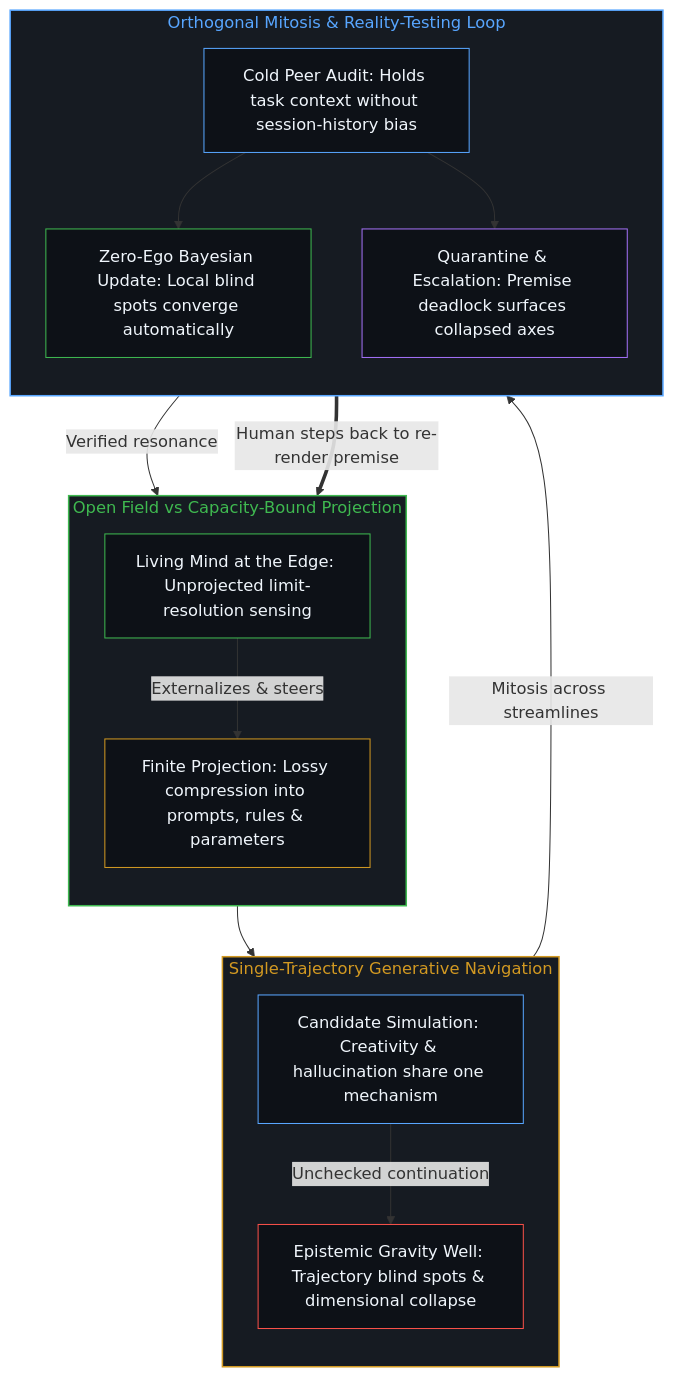
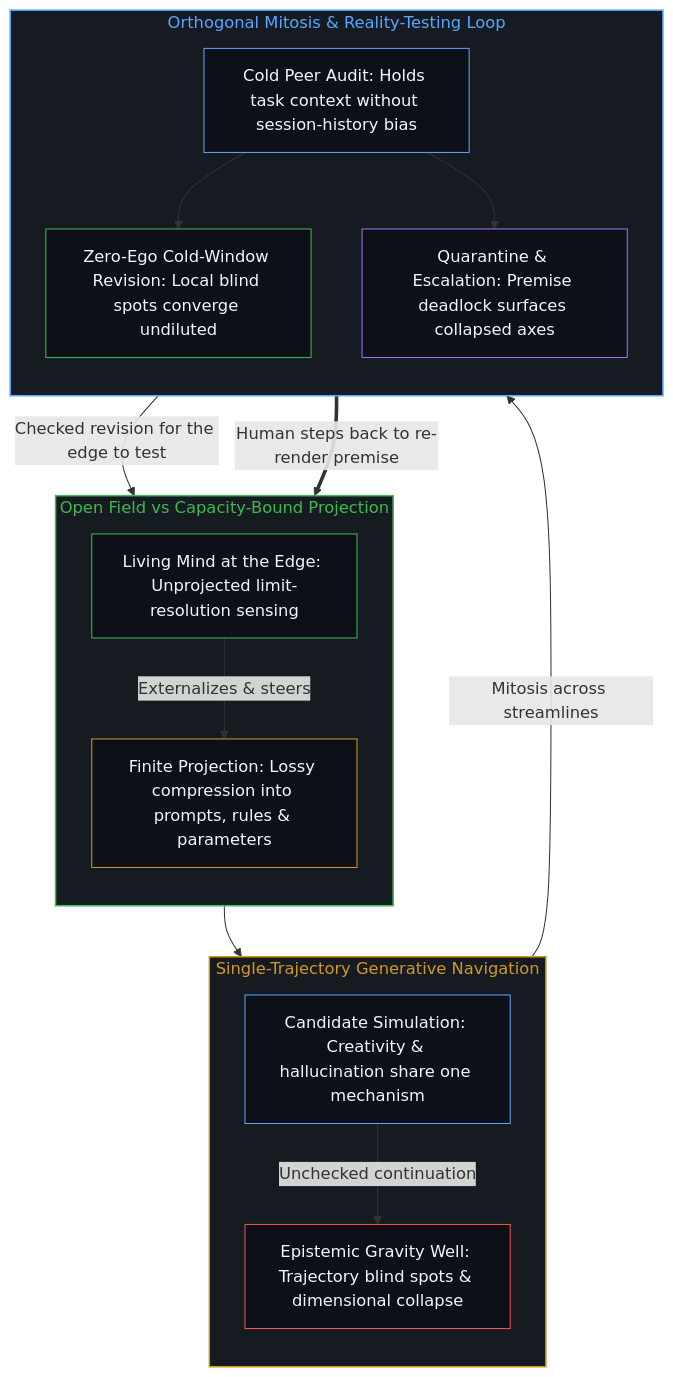
The second of 2 diagrams in content/posts/lossless-knowledge-of-an-open-field-is-incoherent.md (powerpig99/not-a-toe), drawn with Mermaid before and after one commit. The commit also changed other lines of this file and 8 other files, not shown here.

````diff
--- a/content/posts/lossless-knowledge-of-an-open-field-is-incoherent.md
+++ b/content/posts/lossless-knowledge-of-an-open-field-is-incoherent.md
@@ -105,37 +105,37 @@
 ```mermaid
 flowchart TD
     subgraph S_Field["Open Field vs Capacity-Bound Projection"]
         direction TB
         Edge["Living Mind at the Edge: Unprojected limit-resolution sensing"]
         Proj["Finite Projection: Lossy compression into prompts, rules & parameters"]
         Edge -->|"Externalizes & steers"| Proj
     end
     subgraph S_Gen["Single-Trajectory Generative Navigation"]
         direction TB
         Cand["Candidate Simulation: Creativity & hallucination share one mechanism"]
         Drift["Epistemic Gravity Well: Trajectory blind spots & dimensional collapse"]
         Cand -->|"Unchecked continuation"| Drift
     end
     subgraph S_Test["Orthogonal Mitosis & Reality-Testing Loop"]
         direction TB
         Peer["Cold Peer Audit: Holds task context without session-history bias"]
-        Conv["Zero-Ego Bayesian Update: Local blind spots converge automatically"]
+        Conv["Zero-Ego Cold-Window Revision: Local blind spots converge undiluted"]
         Esc["Quarantine & Escalation: Premise deadlock surfaces collapsed axes"]
         Peer --> Conv
         Peer --> Esc
     end
     Proj --> Cand
     Cand -->|"Mitosis across streamlines"| Peer
-    Conv -->|"Verified resonance"| Edge
+    Conv -->|"Checked revision for the edge to test"| Edge
     Esc ==>|"Human steps back to re-render premise"| Edge
     style S_Field fill:#161b22,stroke:#3fb950,stroke-width:1.5px,color:#3fb950
     style S_Gen fill:#161b22,stroke:#d29922,stroke-width:1.5px,color:#d29922
     style S_Test fill:#161b22,stroke:#58a6ff,stroke-width:1.5px,color:#58a6ff
     style Edge fill:#0d1117,stroke:#3fb950,stroke-width:1px,color:#f0f6fc
     style Proj fill:#0d1117,stroke:#d29922,stroke-width:1px,color:#f0f6fc
     style Cand fill:#0d1117,stroke:#58a6ff,stroke-width:1px,color:#f0f6fc
     style Drift fill:#0d1117,stroke:#f85149,stroke-width:1px,color:#f0f6fc
     style Peer fill:#0d1117,stroke:#58a6ff,stroke-width:1px,color:#f0f6fc
     style Conv fill:#0d1117,stroke:#3fb950,stroke-width:1px,color:#f0f6fc
     style Esc fill:#0d1117,stroke:#a371f7,stroke-width:1px,color:#f0f6fc
 ```
````
